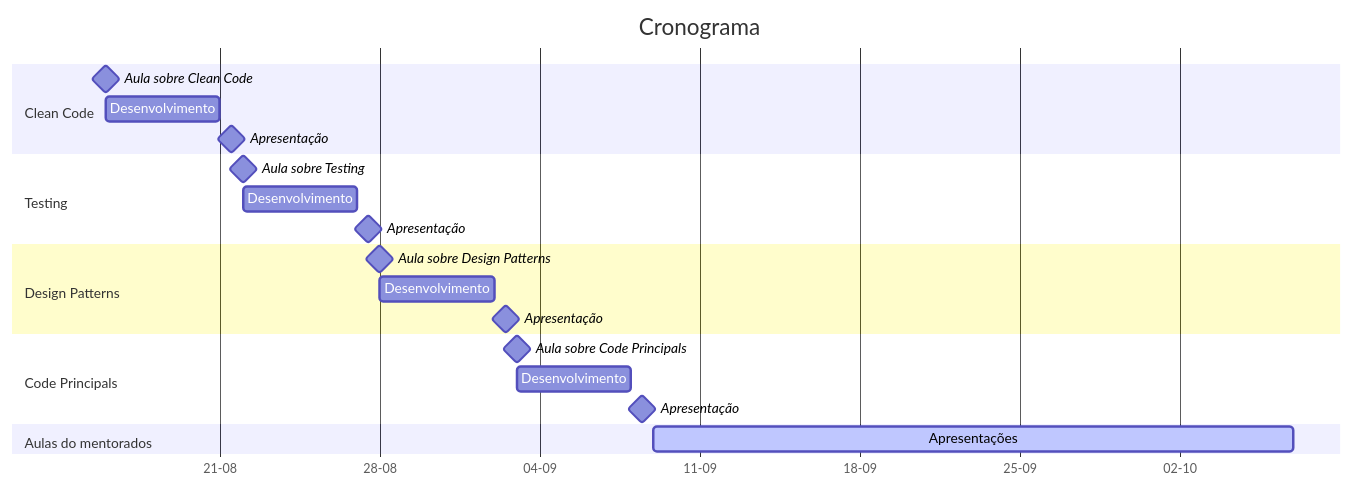
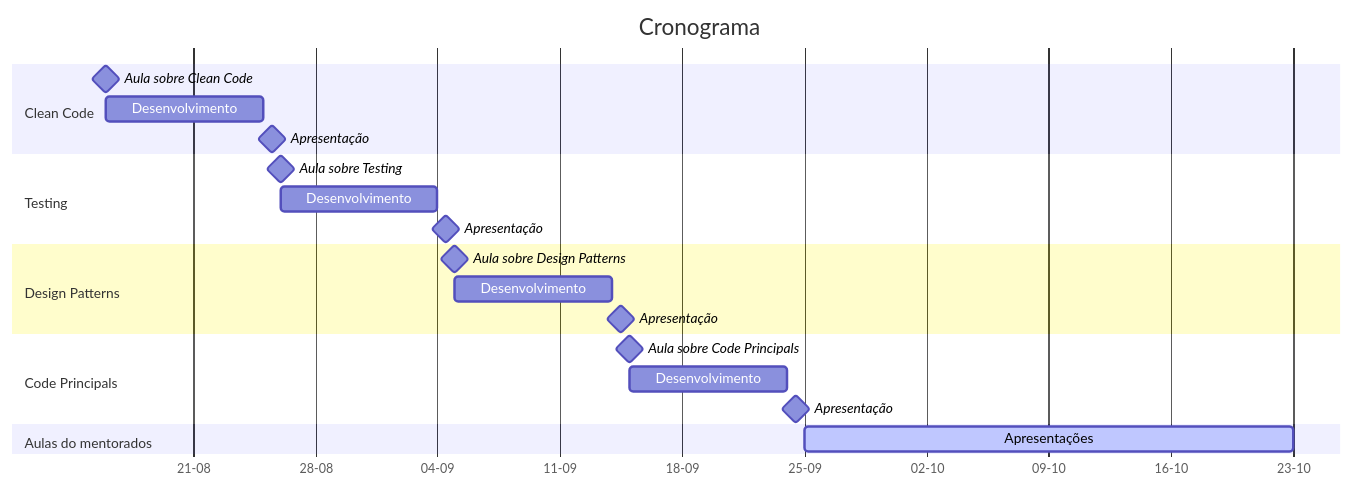
One commit to BrunoBiluca/biluca-knowledge changed the first of 4 diagrams in team_training/dojo_mentoring/proposta_dojo.md. Above: the diagram before and after it, drawn with Mermaid. The commit also changed other lines of this file and 2 other files, not shown here.

````diff
--- a/team_training/dojo_mentoring/proposta_dojo.md
+++ b/team_training/dojo_mentoring/proposta_dojo.md
@@ -48,30 +40,30 @@
 ```mermaid
 gantt
     title Cronograma
     dateFormat  DD-MM-YYYY
     axisFormat %d-%m
     todayMarker off
 
     section Clean Code
     Aula sobre Clean Code         :milestone, m1, 16-08-2022, 0d
-    Desenvolvimento               :dev1, after m1, 5d
+    Desenvolvimento               :dev1, after m1, 9d
     Apresentação                  :milestone, m2, after dev1, 1d
 
     section Testing
     Aula sobre Testing            :milestone, m3, after m2, 0d
-    Desenvolvimento               :dev2, after m3, 5d
+    Desenvolvimento               :dev2, after m3, 9d
     Apresentação                  :milestone, m4, after dev2, 1d
 
     section Design Patterns
-    Aula sobre Design Patterns            :milestone, m5, after m4, 0d
-    Desenvolvimento               :dev3, after m5, 5d
+    Aula sobre Design Patterns    :milestone, m5, after m4, 0d
+    Desenvolvimento               :dev3, after m5, 9d
     Apresentação                  :milestone, m6, after dev3, 1d
 
     section Code Principals
-    Aula sobre Code Principals            :milestone, m7, after m6, 0d
-    Desenvolvimento               :dev4, after m7, 5d
+    Aula sobre Code Principals    :milestone, m7, after m6, 0d
+    Desenvolvimento               :dev4, after m7, 9d
     Apresentação                  :milestone, m8, after dev4, 1d
 
     section Aulas do mentorados
     Apresentações            :active, m9, after m8, 4w
 ```
````
